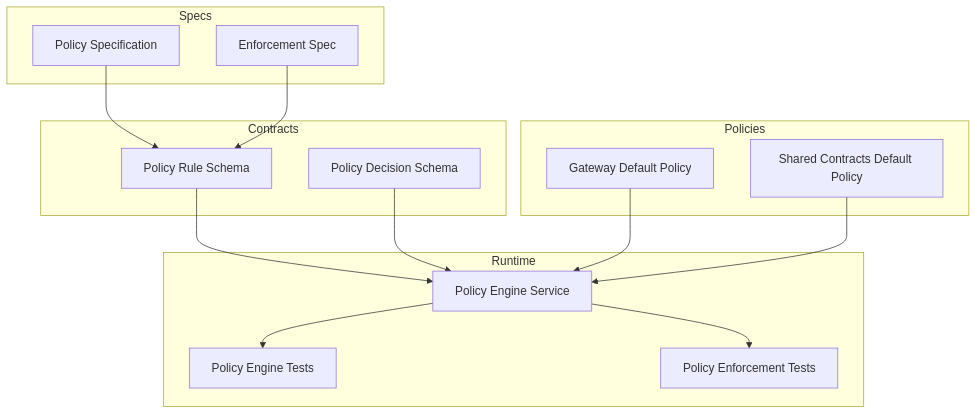
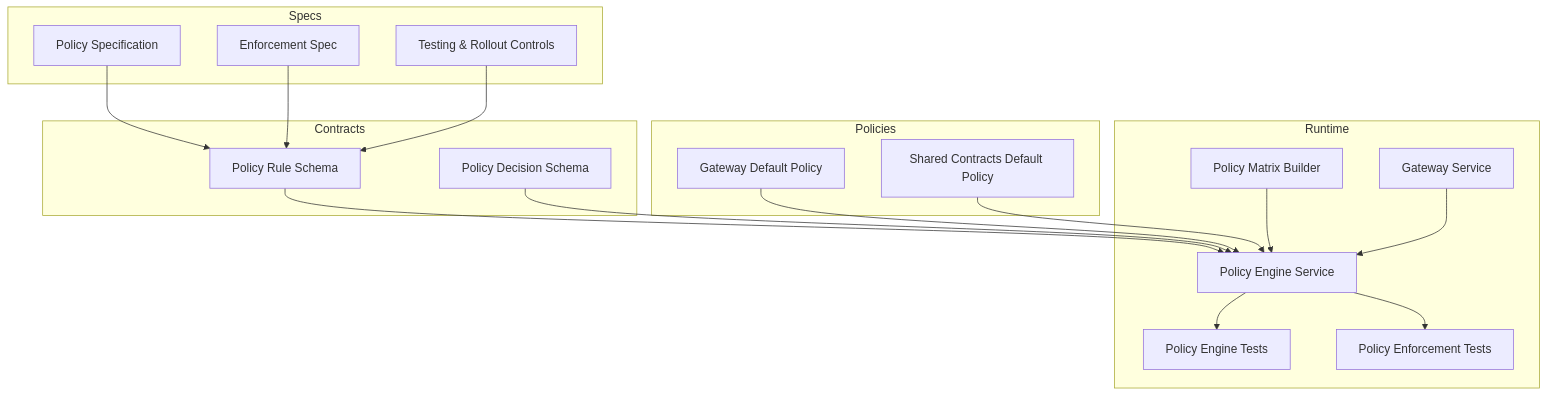
One commit to metasync/luban-aiops changed the first of 5 diagrams in .qoder/repowiki/en/content/Policy Management/Policy Definition Language.md. Above: the diagram before and after it, drawn with Mermaid. The commit also changed other lines of this file and 35 other files, not shown here.

````diff
--- a/.qoder/repowiki/en/content/Policy Management/Policy Definition Language.md
+++ b/.qoder/repowiki/en/content/Policy Management/Policy Definition Language.md
@@ -53,28 +70,34 @@
 ```mermaid
 graph TB
 subgraph "Specs"
 PS["Policy Specification"]
 SE["Enforcement Spec"]
+TRC["Testing & Rollout Controls"]
 end
 subgraph "Contracts"
 PRS["Policy Rule Schema"]
 PDS["Policy Decision Schema"]
 end
 subgraph "Policies"
 PDG["Gateway Default Policy"]
 PSC["Shared Contracts Default Policy"]
 end
 subgraph "Runtime"
 PE["Policy Engine Service"]
 TPE["Policy Engine Tests"]
 TPF["Policy Enforcement Tests"]
+PM["Policy Matrix Builder"]
+GS["Gateway Service"]
 end
 PS --> PRS
 SE --> PRS
+TRC --> PRS
 PRS --> PE
 PDS --> PE
 PDG --> PE
 PSC --> PE
 PE --> TPE
 PE --> TPF
+PM --> PE
+GS --> PE
 ```
````
